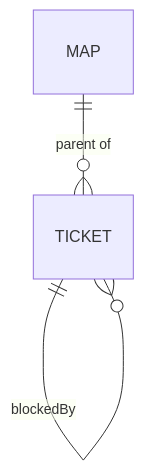
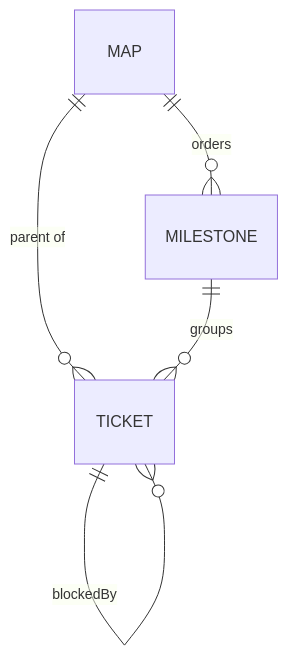
One commit to ThodsaphonSonthiphin/workflow-daily-work changed the diagram in plugins/decision-map/references/data-contracts.md. Above: the diagram before and after it, drawn with Mermaid. The commit also changed other lines of this file, not shown here.

Commit message:
docs(decision-map): contract covers milestones, the notes region and four lint rules

````diff
--- a/plugins/decision-map/references/data-contracts.md
+++ b/plugins/decision-map/references/data-contracts.md
@@ -8,5 +8,7 @@
 ```mermaid
 erDiagram
     MAP ||--o{ TICKET : "parent of"
+    MAP ||--o{ MILESTONE : "orders"
+    MILESTONE ||--o{ TICKET : "groups"
     TICKET ||--o{ TICKET : "blockedBy"
 ```
````
